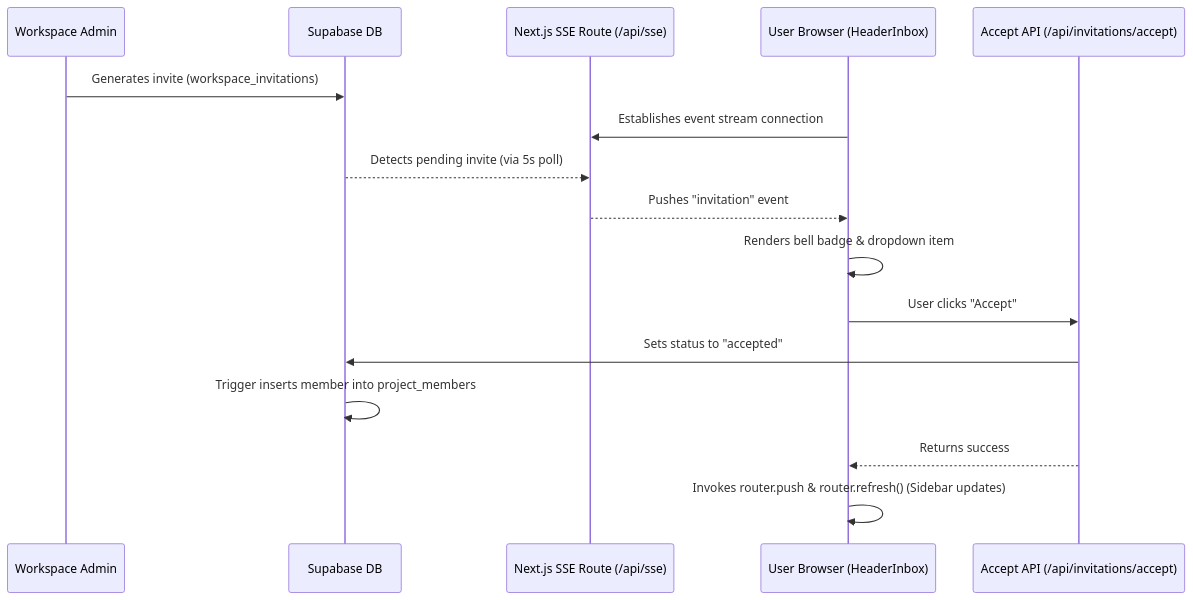
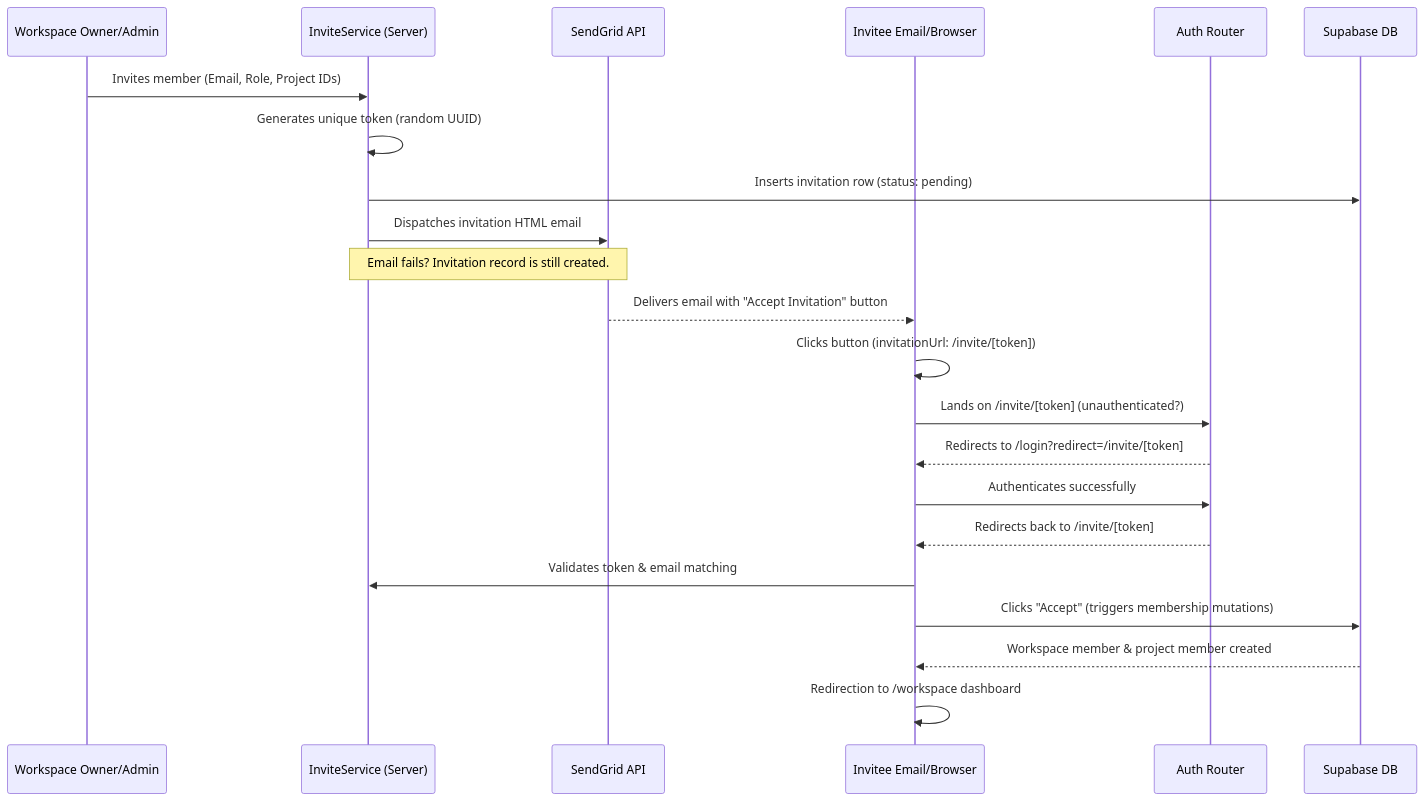
The diagram in plan/INVITATION_SYSTEM.md (anirudhy-jpg/TaskPilot), drawn with Mermaid before and after one commit. The commit also changed other lines of this file and 51 other files, not shown here.

Commit message:
refactor: migrate invitation management to dedicated feature module with notification system and email support,add invitation email template

````diff
--- a/plan/INVITATION_SYSTEM.md
+++ b/plan/INVITATION_SYSTEM.md
@@ -53,19 +64,25 @@
 ```mermaid
 sequenceDiagram
-    participant Admin as Workspace Admin
+    participant Admin as Workspace Owner/Admin
+    participant Service as InviteService (Server)
+    participant SG as SendGrid API
+    participant Invitee as Invitee Email/Browser
+    participant Auth as Auth Router
     participant DB as Supabase DB
-    participant SSE as Next.js SSE Route (/api/sse)
-    participant Client as User Browser (HeaderInbox)
-    participant API as Accept API (/api/invitations/accept)
 
-    Admin->>DB: Generates invite (workspace_invitations)
-    Client->>SSE: Establishes event stream connection
-    DB-->>SSE: Detects pending invite (via 5s poll)
-    SSE-->>Client: Pushes "invitation" event
-    Client->>Client: Renders bell badge & dropdown item
-    Client->>API: User clicks "Accept"
-    API->>DB: Sets status to "accepted"
-    DB->>DB: Trigger inserts member into project_members
-    API-->>Client: Returns success
-    Client->>Client: Invokes router.push & router.refresh() (Sidebar updates)
+    Admin->>Service: Invites member (Email, Role, Project IDs)
+    Service->>Service: Generates unique token (random UUID)
+    Service->>DB: Inserts invitation row (status: pending)
+    Service->>SG: Dispatches invitation HTML email
+    Note over Service,SG: Email fails? Invitation record is still created.
+    SG-->>Invitee: Delivers email with "Accept Invitation" button
+    Invitee->>Invitee: Clicks button (invitationUrl: /invite/[token])
+    Invitee->>Auth: Lands on /invite/[token] (unauthenticated?)
+    Auth-->>Invitee: Redirects to /login?redirect=/invite/[token]
+    Invitee->>Auth: Authenticates successfully
+    Auth-->>Invitee: Redirects back to /invite/[token]
+    Invitee->>Service: Validates token & email matching
+    Invitee->>DB: Clicks "Accept" (triggers membership mutations)
+    DB-->>Invitee: Workspace member & project member created
+    Invitee->>Invitee: Redirection to /workspace dashboard
 ```
````
